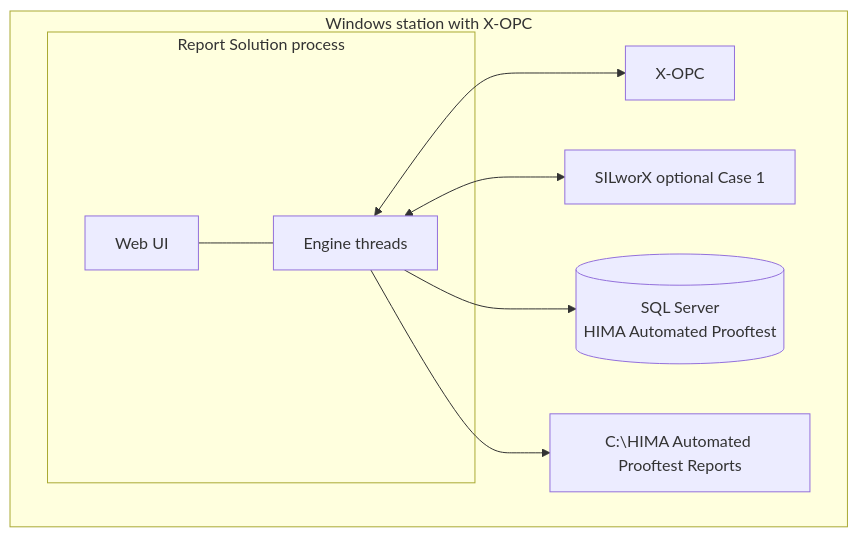
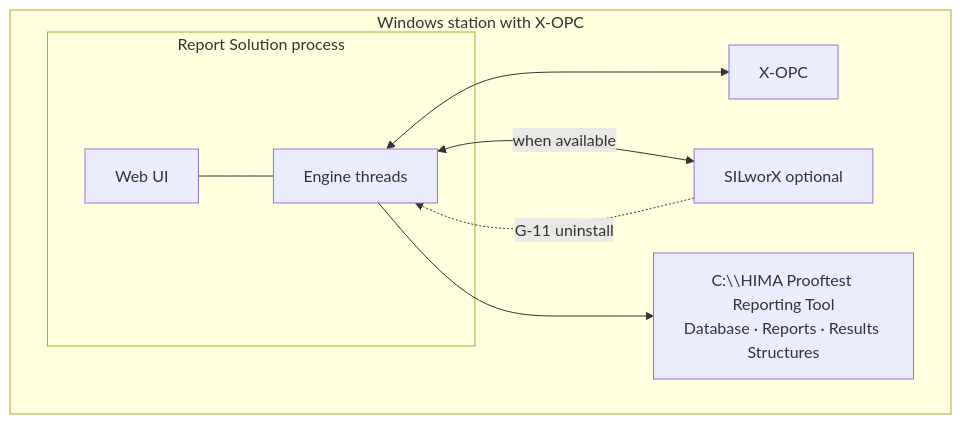
Before and after one commit to D-Mouna/Prooftest-Reporting-solution: diagram 11 of 11 in Specifications/HIMA-Prooftest-Architecture-Mermaid.md, drawn with Mermaid. The commit also changed other lines of this file and 200 other files, not shown here.

````diff
--- a/Specifications/HIMA-Prooftest-Architecture-Mermaid.md
+++ b/Specifications/HIMA-Prooftest-Architecture-Mermaid.md
@@ -270,19 +256,18 @@
 ```mermaid
 flowchart TB
   subgraph HOST["Windows station with X-OPC"]
     subgraph SOL["Report Solution process"]
       UI[Web UI]
       ENG[Engine threads]
     end
-    SQL[(SQL Server<br/>HIMA Automated Prooftest)]
-    DISK[C:\HIMA Automated Prooftest Reports]
+    DISK["C:\\HIMA Prooftest Reporting Tool<br/>Database · Reports · Results Structures"]
     OPC[X-OPC]
-    SIL[SILworX optional Case 1]
+    SIL[SILworX optional]
   end
 
   UI --- ENG
   ENG <--> OPC
-  ENG <--> SIL
-  ENG --> SQL
+  ENG <-->|when available| SIL
   ENG --> DISK
+  SIL -.->|G-11 uninstall| ENG
 ```
````
